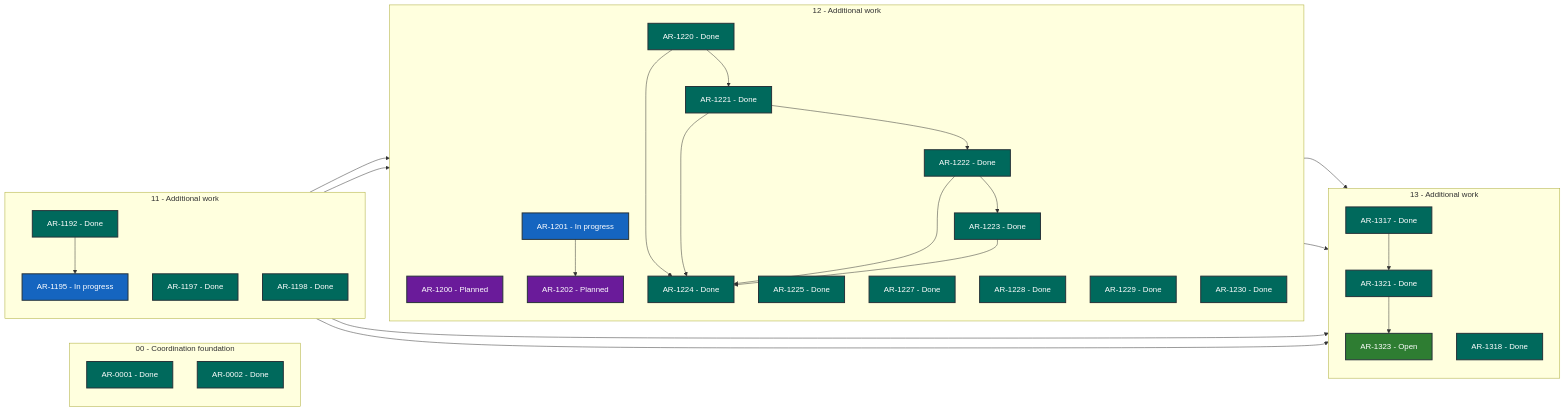
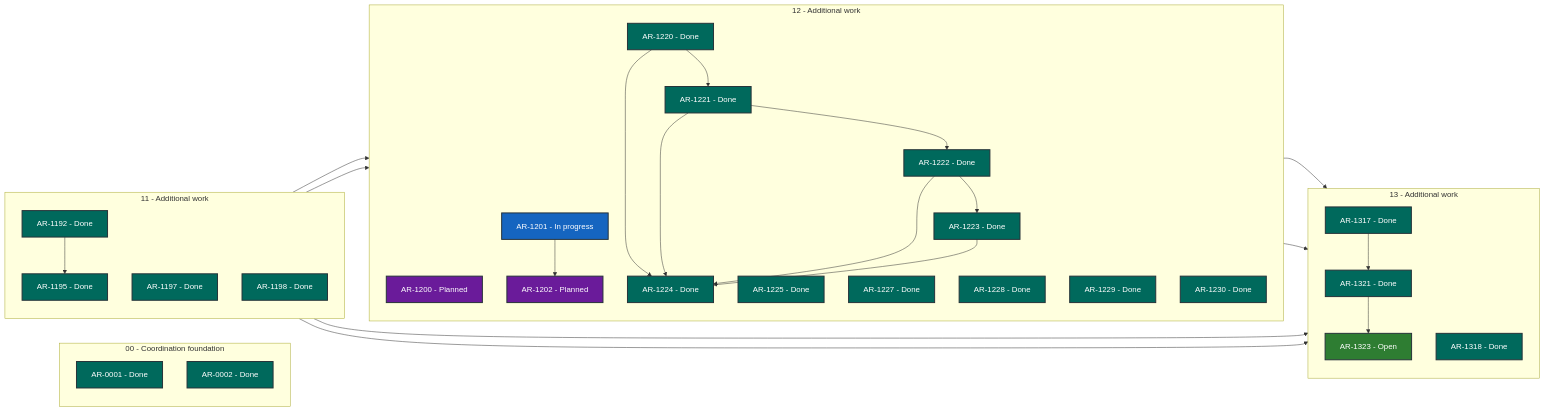
Before and after one commit to martin-beck/asb-tui-state: the diagram in STATUS.md, drawn with Mermaid. The commit also changed other lines of this file and 2 other files, not shown here.

````diff
--- a/STATUS.md
+++ b/STATUS.md
@@ -27,63 +27,63 @@
 ```mermaid
 flowchart LR
     subgraph series_00["00 - Coordination foundation"]
         direction TB
         AR_0001["AR-0001 - Done"]:::status_done
         AR_0002["AR-0002 - Done"]:::status_done
     end
     subgraph series_11["11 - Additional work"]
         direction TB
         AR_1192["AR-1192 - Done"]:::status_done
-        AR_1195["AR-1195 - In progress"]:::status_in_progress
+        AR_1195["AR-1195 - Done"]:::status_done
         AR_1197["AR-1197 - Done"]:::status_done
         AR_1198["AR-1198 - Done"]:::status_done
     end
     subgraph series_12["12 - Additional work"]
         direction TB
         AR_1200["AR-1200 - Planned"]:::status_planned
         AR_1201["AR-1201 - In progress"]:::status_in_progress
         AR_1202["AR-1202 - Planned"]:::status_planned
         AR_1220["AR-1220 - Done"]:::status_done
         AR_1221["AR-1221 - Done"]:::status_done
         AR_1222["AR-1222 - Done"]:::status_done
         AR_1223["AR-1223 - Done"]:::status_done
         AR_1224["AR-1224 - Done"]:::status_done
         AR_1225["AR-1225 - Done"]:::status_done
         AR_1227["AR-1227 - Done"]:::status_done
         AR_1228["AR-1228 - Done"]:::status_done
         AR_1229["AR-1229 - Done"]:::status_done
         AR_1230["AR-1230 - Done"]:::status_done
     end
     subgraph series_13["13 - Additional work"]
         direction TB
         AR_1317["AR-1317 - Done"]:::status_done
         AR_1318["AR-1318 - Done"]:::status_done
         AR_1321["AR-1321 - Done"]:::status_done
         AR_1323["AR-1323 - Open"]:::status_open
     end
     AR_1192 --> AR_1195
     AR_1192 --> AR_1317
     AR_1195 --> AR_1200
     AR_1197 --> AR_1201
     AR_1197 --> AR_1317
     AR_1201 --> AR_1202
     AR_1220 --> AR_1221
     AR_1220 --> AR_1224
     AR_1221 --> AR_1222
     AR_1221 --> AR_1224
     AR_1222 --> AR_1223
     AR_1222 --> AR_1224
     AR_1223 --> AR_1224
     AR_1228 --> AR_1317
     AR_1229 --> AR_1317
     AR_1317 --> AR_1321
     AR_1321 --> AR_1323
     classDef status_in_progress fill:#1565c0,color:#ffffff,stroke:#263238,stroke-width:2px
     classDef status_open fill:#2e7d32,color:#ffffff,stroke:#263238,stroke-width:2px
     classDef status_blocked fill:#c62828,color:#ffffff,stroke:#263238,stroke-width:2px
     classDef status_planned fill:#6a1b9a,color:#ffffff,stroke:#263238,stroke-width:2px
     classDef status_future fill:#455a64,color:#ffffff,stroke:#263238,stroke-width:2px
     classDef status_done fill:#00695c,color:#ffffff,stroke:#263238,stroke-width:2px
     classDef status_cancelled fill:#616161,color:#ffffff,stroke:#263238,stroke-width:2px
     classDef status_superseded fill:#5d4037,color:#ffffff,stroke:#263238,stroke-width:2px
 ```
````
